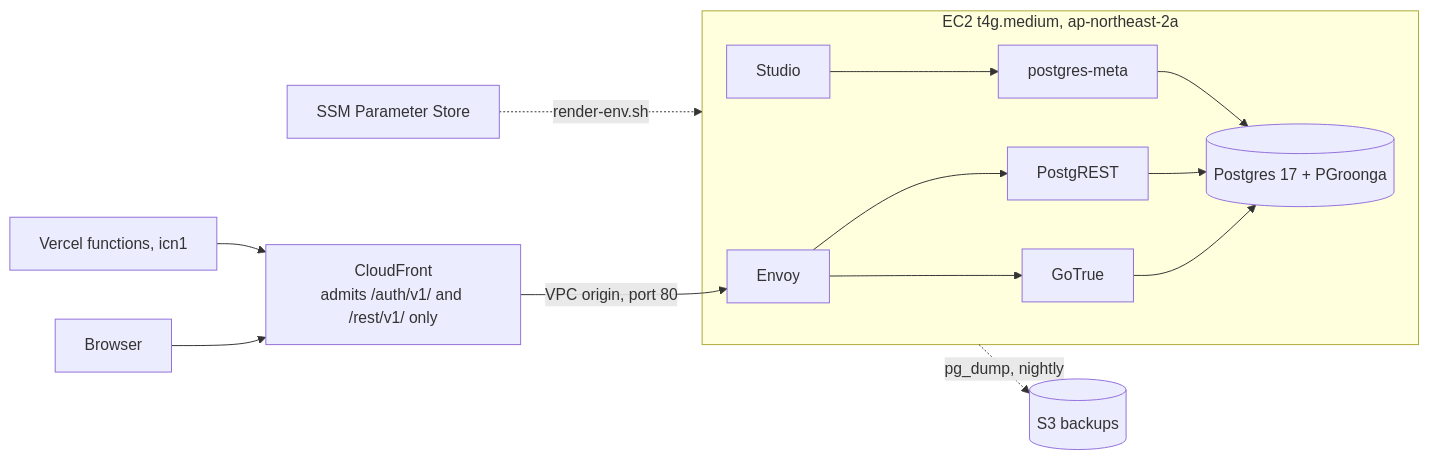
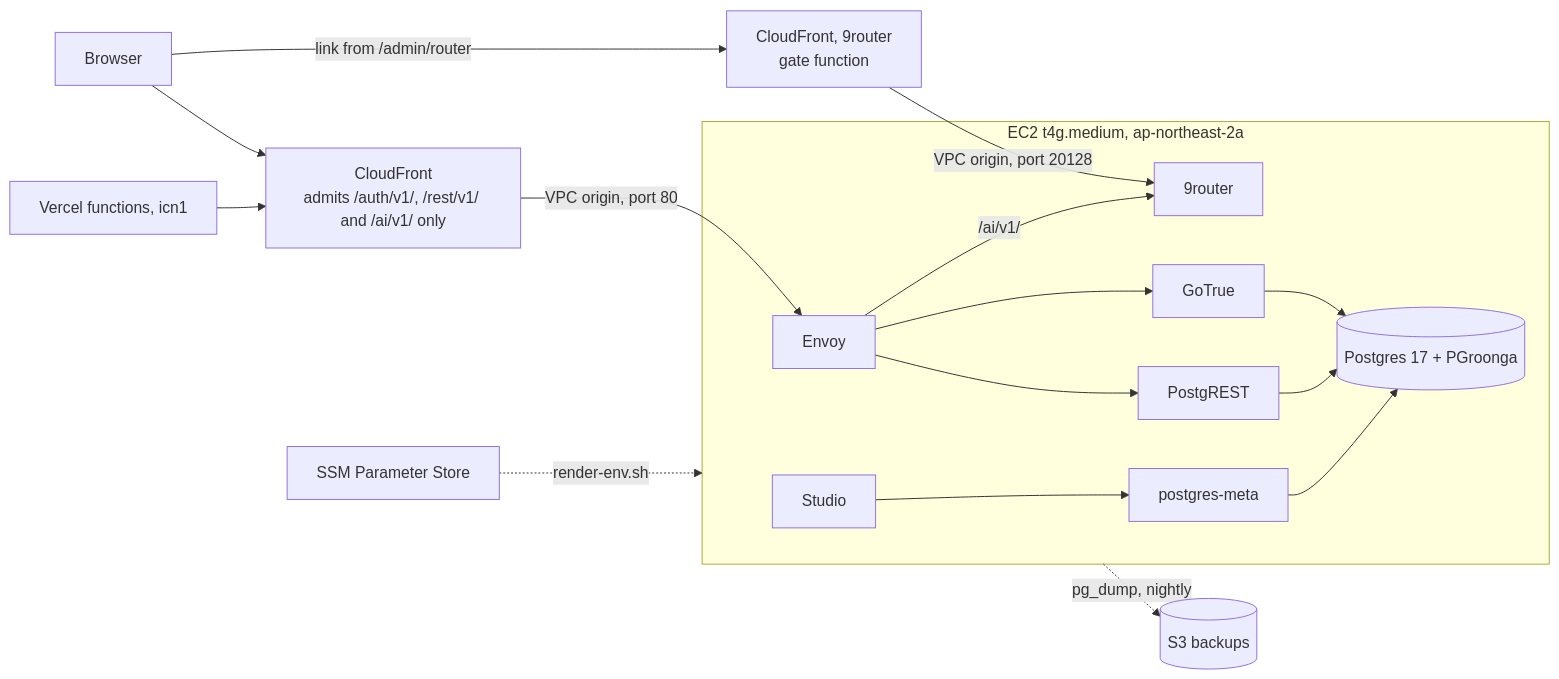
Before and after one commit to ntphiep/zhesen-main: the diagram in infra/README.md, drawn with Mermaid. The commit also changed other lines of this file and 25 other files, not shown here.

First line of the commit message:
feat(admin): open the 9router dashboard from /admin/router

````diff
--- a/infra/README.md
+++ b/infra/README.md
@@ -7,15 +7,17 @@
 ```mermaid
 flowchart LR
   B[Browser] --> CF
   V[Vercel functions, icn1] --> CF
-  CF[CloudFront<br/>admits /auth/v1/ and /rest/v1/ only] -->|VPC origin, port 80| E
+  CF[CloudFront<br/>admits /auth/v1/, /rest/v1/ and /ai/v1/ only] -->|VPC origin, port 80| E
+  B -->|link from /admin/router| CR[CloudFront, 9router<br/>gate function] -->|VPC origin, port 20128| NR
   subgraph EC2 [EC2 t4g.medium, ap-northeast-2a]
     E[Envoy] --> A[GoTrue]
     E --> R[PostgREST]
+    E -->|/ai/v1/| NR[9router]
     A --> D[(Postgres 17 + PGroonga)]
     R --> D
     S[Studio] --> M[postgres-meta] --> D
   end
   SSM[SSM Parameter Store] -.->|render-env.sh| EC2
   EC2 -.->|pg_dump, nightly| BK[(S3 backups)]
 ```
````
